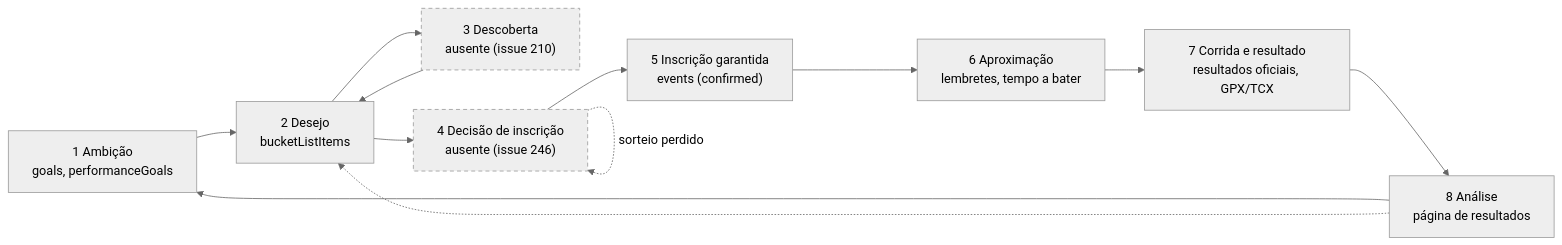
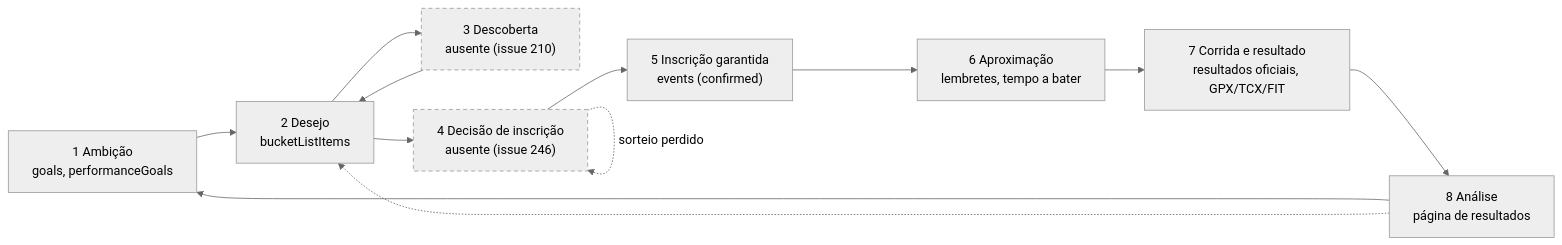
Before and after one commit to Seven-Panda-Labs/queima-asfalto: the first of 2 diagrams in docs/race-lifecycle.md, drawn with Mermaid (neutral theme). The commit also changed other lines of this file and 42 other files, not shown here.

````diff
--- a/docs/race-lifecycle.md
+++ b/docs/race-lifecycle.md
@@ -17,17 +17,17 @@
 ```mermaid
 flowchart LR
   A["1 Ambição<br/>goals, performanceGoals"] --> B["2 Desejo<br/>bucketListItems"]
   C["3 Descoberta<br/>ausente (issue 210)"] --> B
   B --> C
   B --> D["4 Decisão de inscrição<br/>ausente (issue 246)"]
   D --> E["5 Inscrição garantida<br/>events (confirmed)"]
   E --> F["6 Aproximação<br/>lembretes, tempo a bater"]
-  F --> G["7 Corrida e resultado<br/>resultados oficiais, GPX/TCX"]
+  F --> G["7 Corrida e resultado<br/>resultados oficiais, GPX/TCX/FIT"]
   G --> H["8 Análise<br/>página de resultados"]
   H --> A
   H -.-> B
   D -.->|"sorteio perdido"| D
 
   classDef missing stroke-dasharray: 5 4
   class C,D missing
 ```
````
